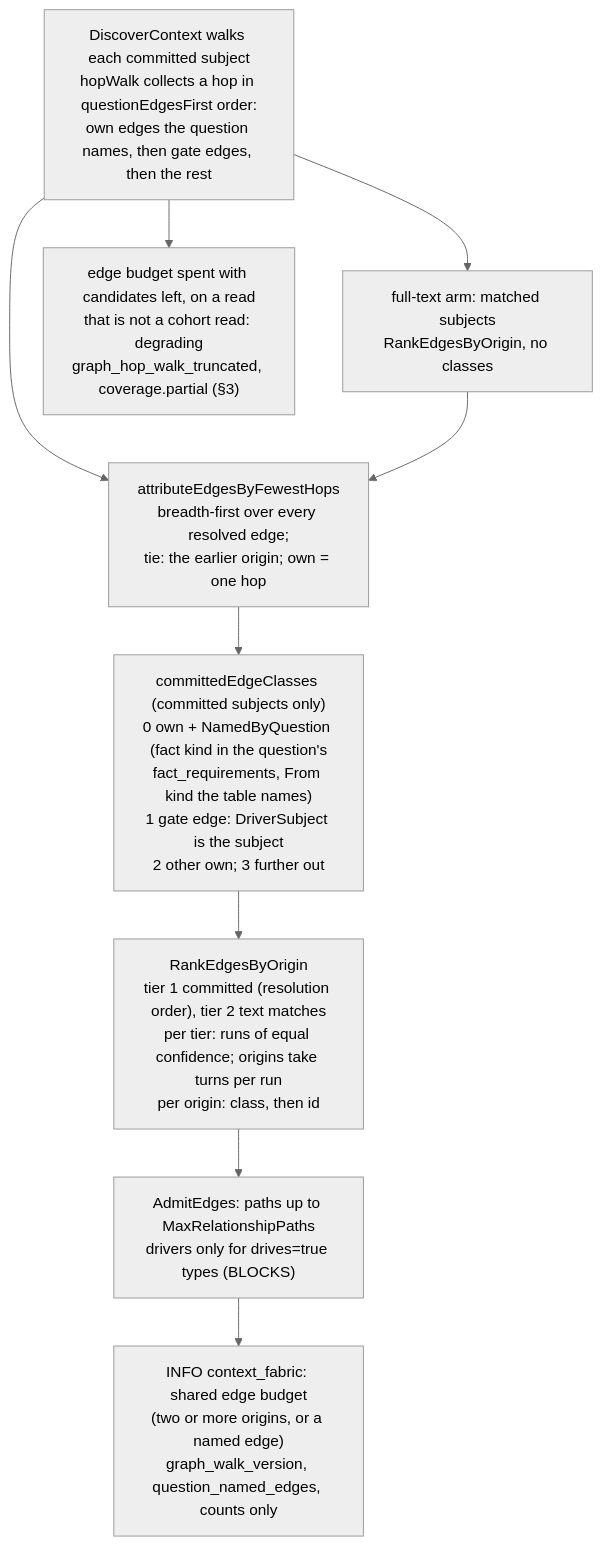
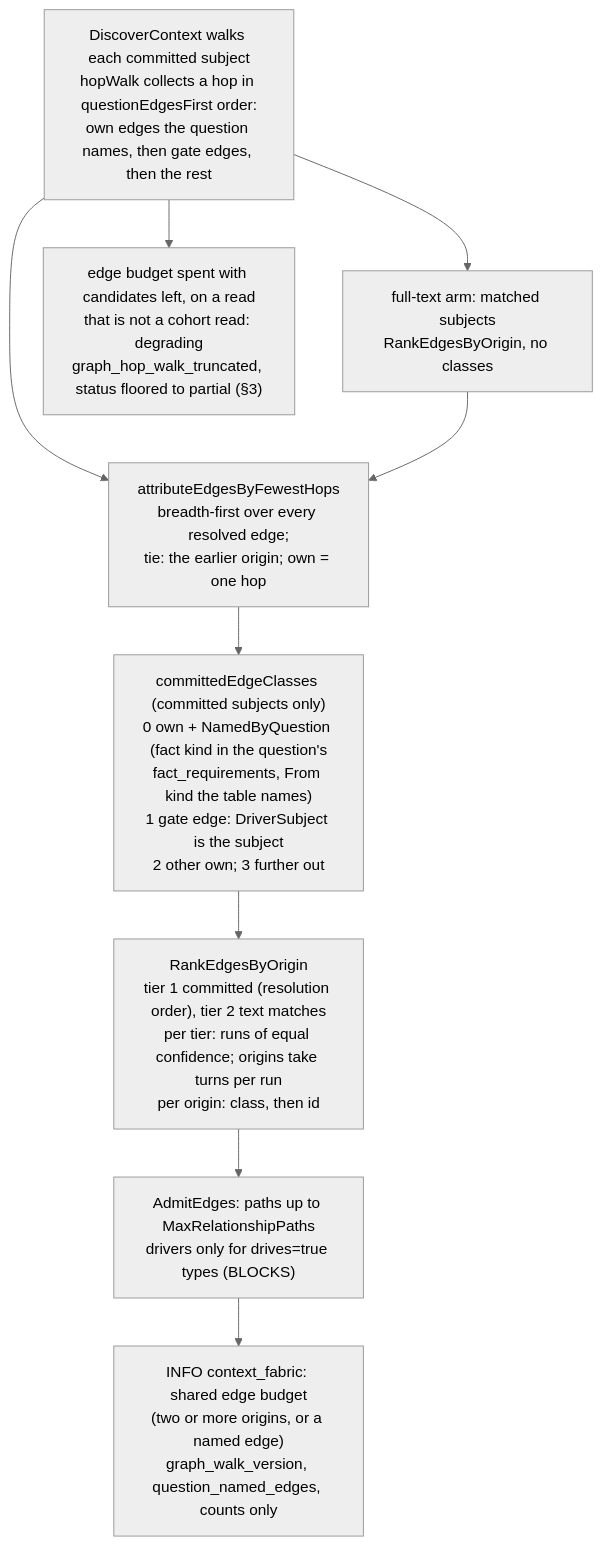
One commit to full-chaos/dev-health-acr changed diagram 25 of 37 in docs/design/context-fabric-architecture-diagrams.md. Above: the diagram before and after it, drawn with Mermaid (neutral theme). The commit also changed other lines of this file and 6 other files, not shown here.

First line of the commit message:
feat(contextfabric): CHAOS-12348 floor a cut non-cohort read to partial and keep the answer

````diff
--- a/docs/design/context-fabric-architecture-diagrams.md
+++ b/docs/design/context-fabric-architecture-diagrams.md
@@ -3328,11 +3337,11 @@
 ```mermaid
 flowchart TD
   WALK["DiscoverContext walks each committed subject<br/>hopWalk collects a hop in questionEdgesFirst order:<br/>own edges the question names, then gate edges, then the rest"] --> TEXT["full-text arm: matched subjects<br/>RankEdgesByOrigin, no classes"]
   WALK --> ATTR["attributeEdgesByFewestHops<br/>breadth-first over every resolved edge;<br/>tie: the earlier origin; own = one hop"]
-  WALK --> CUT["edge budget spent with candidates left, on a read<br/>that is not a cohort read: degrading<br/>graph_hop_walk_truncated, coverage.partial (§3)"]
+  WALK --> CUT["edge budget spent with candidates left, on a read<br/>that is not a cohort read: degrading<br/>graph_hop_walk_truncated, status floored to partial (§3)"]
   TEXT --> ATTR
   ATTR --> CLASS["committedEdgeClasses (committed subjects only)<br/>0 own + NamedByQuestion (fact kind in the question's<br/>fact_requirements, From kind the table names)<br/>1 gate edge: DriverSubject is the subject<br/>2 other own; 3 further out"]
   CLASS --> RANK["RankEdgesByOrigin<br/>tier 1 committed (resolution order), tier 2 text matches<br/>per tier: runs of equal confidence; origins take turns per run<br/>per origin: class, then id"]
   RANK --> ADMIT["AdmitEdges: paths up to MaxRelationshipPaths<br/>drivers only for drives=true types (BLOCKS)"]
   ADMIT --> LOG["INFO context_fabric: shared edge budget<br/>(two or more origins, or a named edge)<br/>graph_walk_version, question_named_edges, counts only"]
 ```
````
